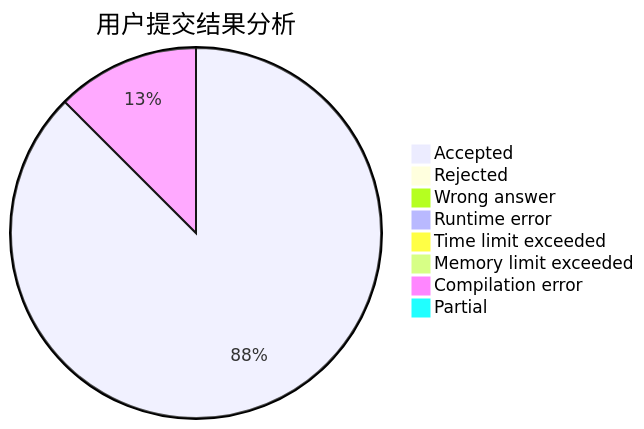
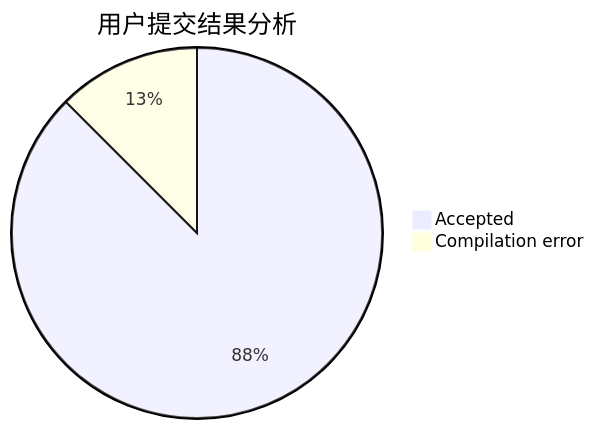
Before and after one commit to sherpahu/cfrs.github.io: the first of 3 diagrams in docs/user/u91.md, drawn with Mermaid. The commit also changed other lines of this file and 2770 other files, not shown here.

````diff
--- a/docs/user/u91.md
+++ b/docs/user/u91.md
@@ -5,11 +5,5 @@
 ```mermaid
 pie title 用户提交结果分析
     "Accepted" :  7
-    "Rejected" :  0
-    "Wrong answer" :  0
-    "Runtime error" :  0
-    "Time limit exceeded" :  0
-    "Memory limit exceeded" :  0
     "Compilation error" :  1
-    "Partial" :  0
 ```
````
